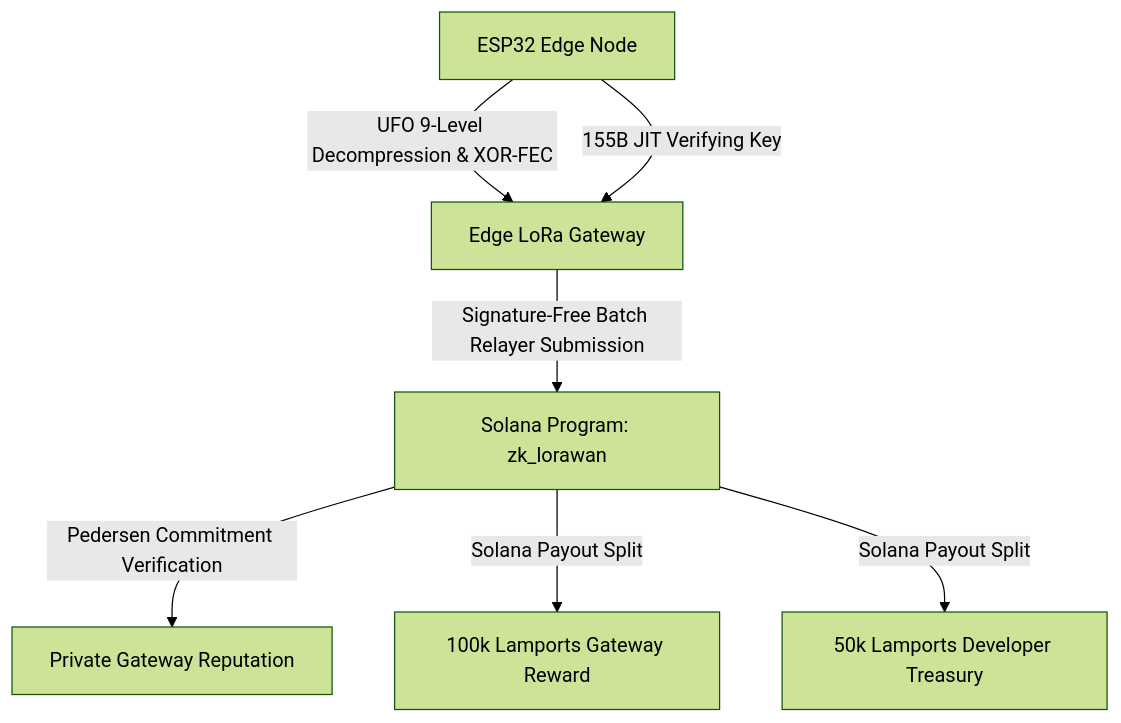
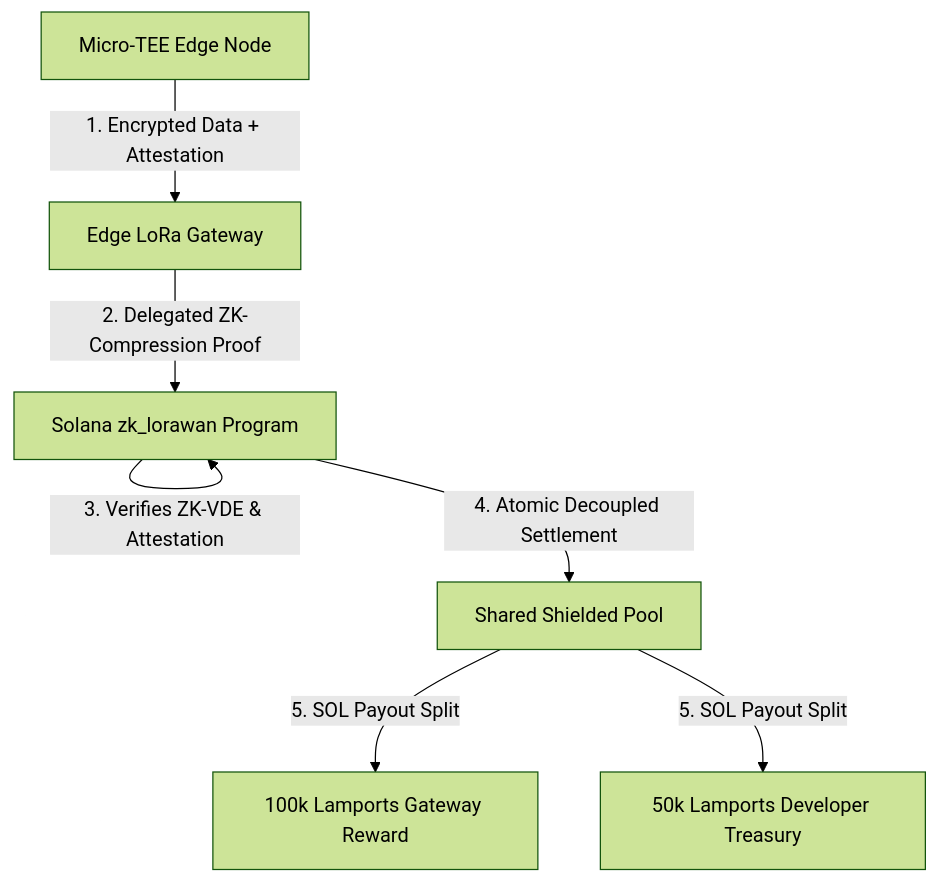
Before and after one commit to DannyB-bit/zk-lorawan: the diagram in solana_grant_proposal.md, drawn with Mermaid (forest theme). The commit also changed other lines of this file, not shown here.

Commit message:
docs: upgrade grant proposal to ZK-VDE and Hardware Enclave Attestation architecture

````diff
--- a/solana_grant_proposal.md
+++ b/solana_grant_proposal.md
@@ -57,9 +53,9 @@
 ```mermaid
 graph TD
-    A[ESP32 Edge Node] -->|UFO 9-Level Decompression & XOR-FEC| B[Edge LoRa Gateway]
-    A -->|155B JIT Verifying Key| B
-    B -->|Signature-Free Batch Relayer Submission| C[Solana Program: zk_lorawan]
-    C -->|Pedersen Commitment Verification| D[Private Gateway Reputation]
-    C -->|Solana Payout Split| E[100k Lamports Gateway Reward]
-    C -->|Solana Payout Split| F[50k Lamports Developer Treasury]
+    A[Micro-TEE Edge Node] -->|1. Encrypted Data + Attestation| B[Edge LoRa Gateway]
+    B -->|2. Delegated ZK-Compression Proof| C[Solana zk_lorawan Program]
+    C -->|3. Verifies ZK-VDE & Attestation| C
+    C -->|4. Atomic Decoupled Settlement| D[Shared Shielded Pool]
+    D -->|5. SOL Payout Split| E[100k Lamports Gateway Reward]
+    D -->|5. SOL Payout Split| F[50k Lamports Developer Treasury]
 ```
````
